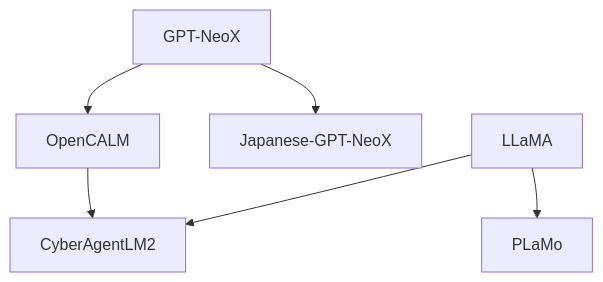
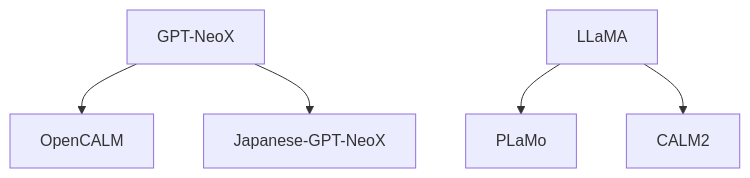
One commit to ted-sharp/chatvox changed diagram 22 of 23 in doc/llm.md. Above: the diagram before and after it, drawn with Mermaid. The commit also changed other lines of this file, not shown here.

````diff
--- a/doc/llm.md
+++ b/doc/llm.md
@@ -1037,9 +1062,8 @@
 ```mermaid
 flowchart
 
 GPT-NeoX --> OpenCALM
 GPT-NeoX --> Japanese-GPT-NeoX
-OpenCALM --> CyberAgentLM2
 LLaMA --> PLaMo
-LLaMA --> CyberAgentLM2
+LLaMA --> CALM2
 ```
````
